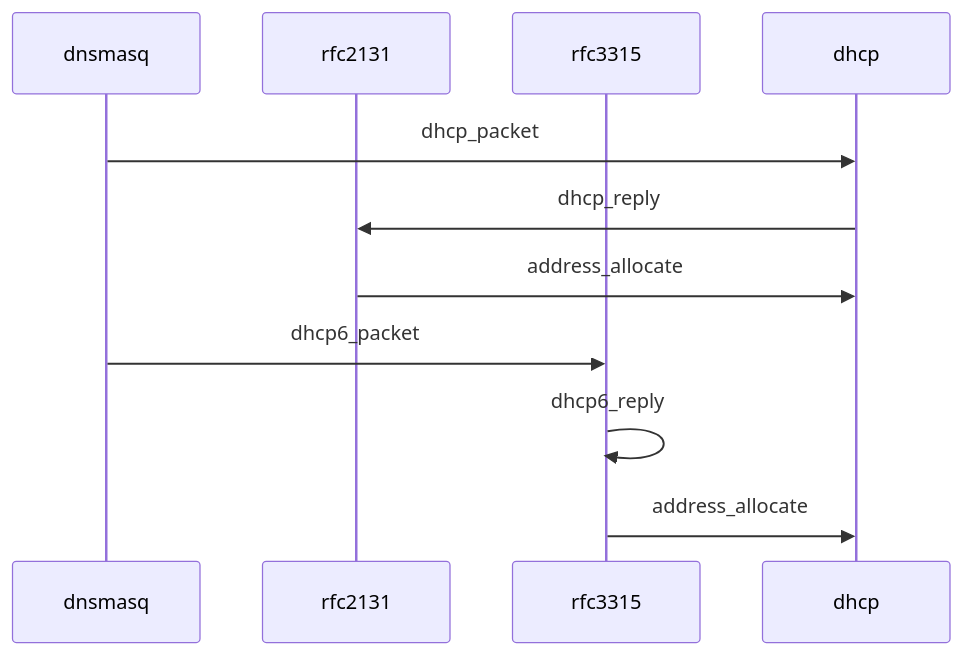
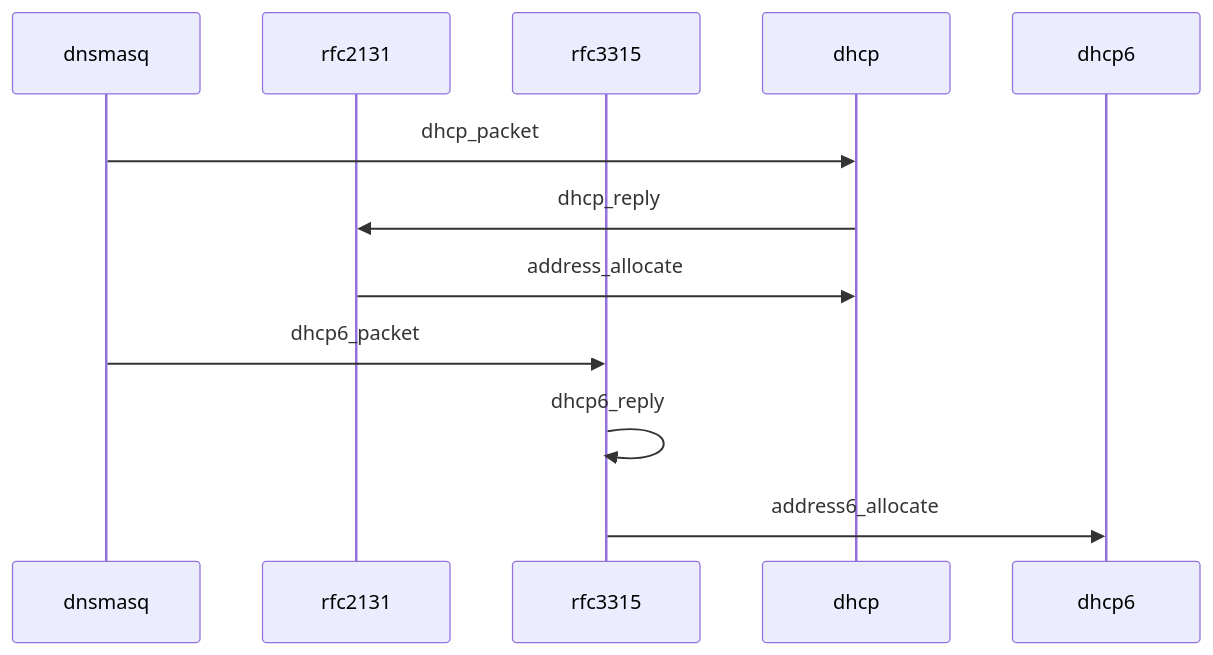
One commit to uplusplus/dnsmasq changed the second of 5 diagrams in README.md. Above: the diagram before and after it, drawn with Mermaid.

````diff
--- a/README.md
+++ b/README.md
@@ -45,14 +45,15 @@
 ```mermaid
 sequenceDiagram
 participant dnsmasq
 participant rfc2131
 participant rfc3315
 participant dhcp
+participant dhcp6
 
 dnsmasq ->> dhcp:dhcp_packet
 dhcp ->> rfc2131:dhcp_reply
 rfc2131 ->>dhcp:address_allocate
 dnsmasq ->> rfc3315:dhcp6_packet
 rfc3315 ->>rfc3315:dhcp6_reply
-rfc3315 ->>dhcp:address_allocate
+rfc3315 ->>dhcp6:address6_allocate
 ```
````
